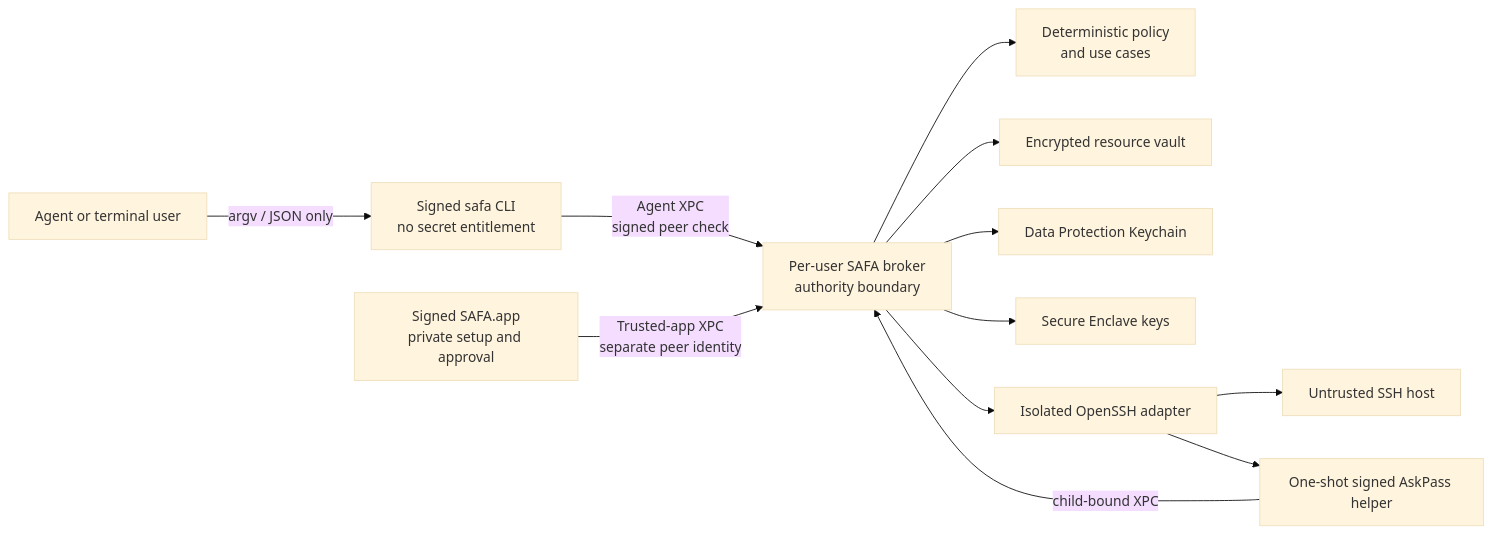
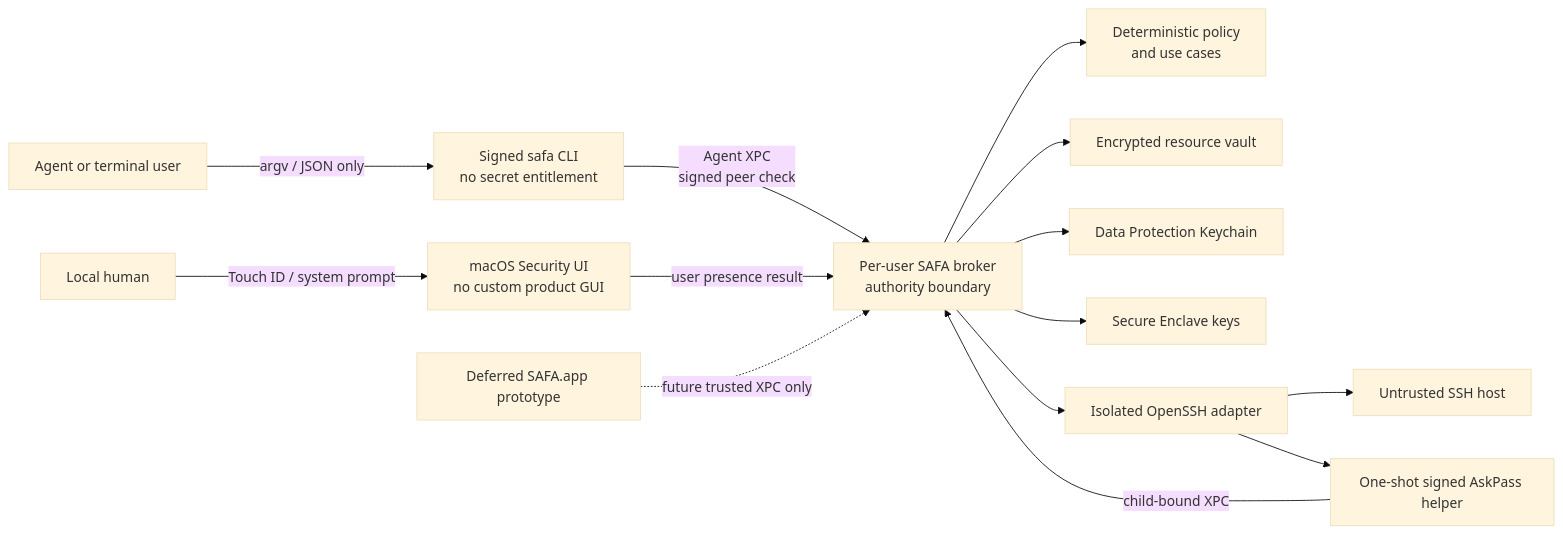
One commit to juju-w/safa-runtime changed the diagram in ARCHITECTURE.md. Above: the diagram before and after it, drawn with Mermaid (base theme). The commit also changed other lines of this file and 11 other files, not shown here.

````diff
--- a/ARCHITECTURE.md
+++ b/ARCHITECTURE.md
@@ -53,14 +61,16 @@
 ```mermaid
 flowchart LR
     Agent["Agent or terminal user"] -->|argv / JSON only| CLI["Signed safa CLI\nno secret entitlement"]
     CLI -->|Agent XPC\nsigned peer check| Broker["Per-user SAFA broker\nauthority boundary"]
-    App["Signed SAFA.app\nprivate setup and approval"] -->|Trusted-app XPC\nseparate peer identity| Broker
+    Human["Local human"] -->|Touch ID / system prompt| Native["macOS Security UI\nno custom product GUI"]
+    Native -->|user presence result| Broker
+    App["Deferred SAFA.app prototype"] -.->|future trusted XPC only| Broker
     Broker --> Policy["Deterministic policy\nand use cases"]
     Broker --> Vault["Encrypted resource vault"]
     Broker --> Keychain["Data Protection Keychain"]
     Broker --> Enclave["Secure Enclave keys"]
     Broker --> SSH["Isolated OpenSSH adapter"]
     SSH --> Remote["Untrusted SSH host"]
     SSH --> AskPass["One-shot signed AskPass helper"]
     AskPass -->|child-bound XPC| Broker
 ```
````
